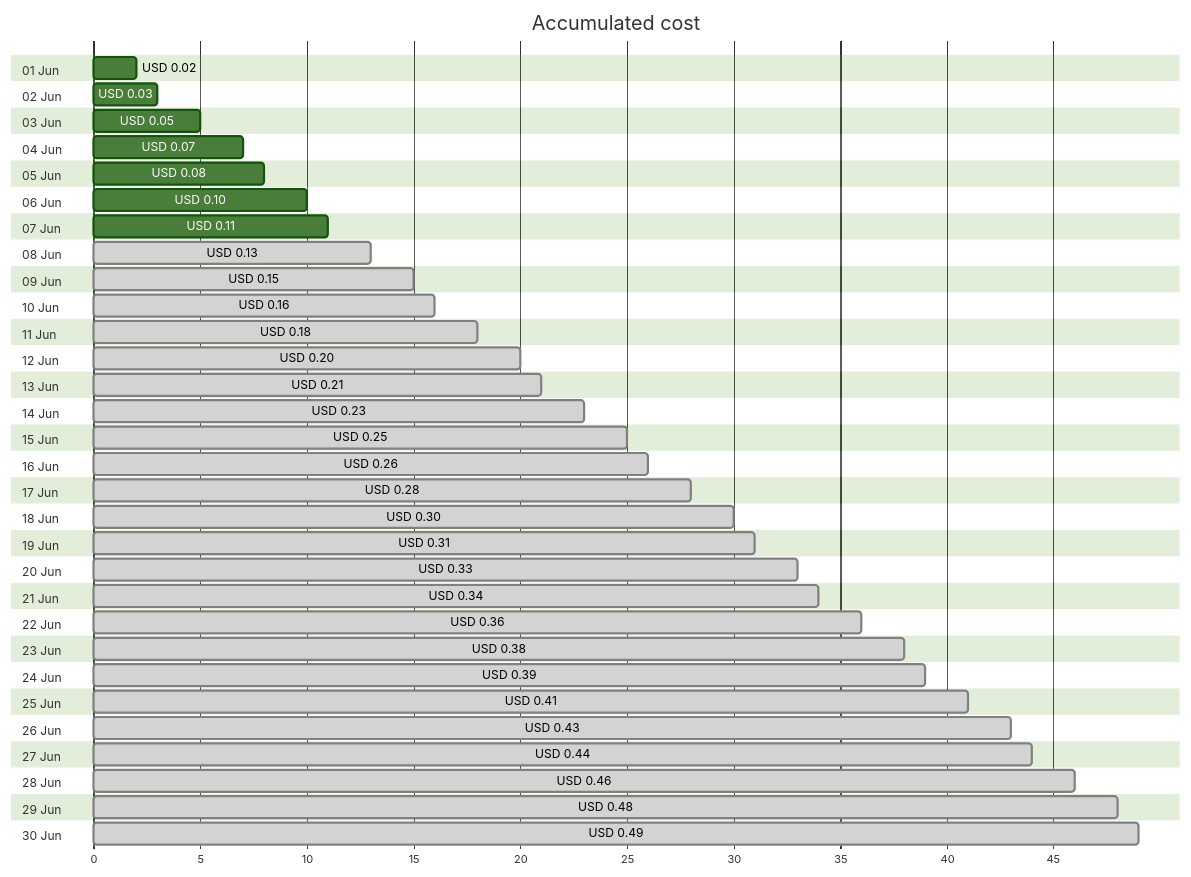
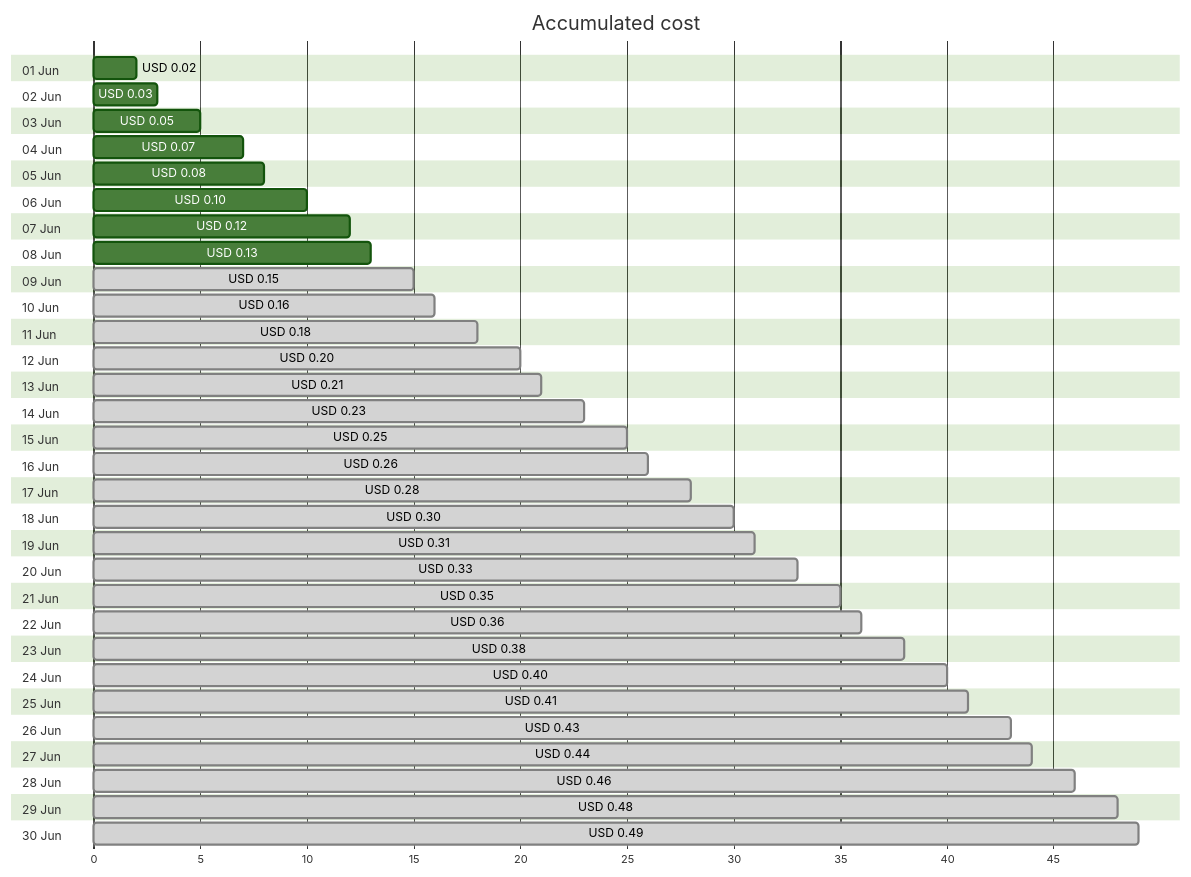
The first of 4 diagrams in cost-reports/personal-dns/jpatrickfulton.dev.md (jpfulton/azure-personal-reports), drawn with Mermaid (forest theme) before and after one commit. The commit also changed other lines of this file and 2 other files, not shown here.

````diff
--- a/cost-reports/personal-dns/jpatrickfulton.dev.md
+++ b/cost-reports/personal-dns/jpatrickfulton.dev.md
@@ -20,66 +20,66 @@
 ```mermaid
 gantt
    title Accumulated cost
    dateFormat  X
    axisFormat %s
    section 01 Jun
    USD 0.02 :0, 2
    section 02 Jun
    USD 0.03 :0, 3
    section 03 Jun
    USD 0.05 :0, 5
    section 04 Jun
    USD 0.07 :0, 7
    section 05 Jun
    USD 0.08 :0, 8
    section 06 Jun
    USD 0.10 :0, 10
    section 07 Jun
-   USD 0.11 :0, 11
+   USD 0.12 :0, 12
    section 08 Jun
-   USD 0.13 : done, 0, 13
+   USD 0.13 :0, 13
    section 09 Jun
    USD 0.15 : done, 0, 15
    section 10 Jun
    USD 0.16 : done, 0, 16
    section 11 Jun
    USD 0.18 : done, 0, 18
    section 12 Jun
    USD 0.20 : done, 0, 20
    section 13 Jun
    USD 0.21 : done, 0, 21
    section 14 Jun
    USD 0.23 : done, 0, 23
    section 15 Jun
    USD 0.25 : done, 0, 25
    section 16 Jun
    USD 0.26 : done, 0, 26
    section 17 Jun
    USD 0.28 : done, 0, 28
    section 18 Jun
    USD 0.30 : done, 0, 30
    section 19 Jun
    USD 0.31 : done, 0, 31
    section 20 Jun
    USD 0.33 : done, 0, 33
    section 21 Jun
-   USD 0.34 : done, 0, 34
+   USD 0.35 : done, 0, 35
    section 22 Jun
    USD 0.36 : done, 0, 36
    section 23 Jun
    USD 0.38 : done, 0, 38
    section 24 Jun
-   USD 0.39 : done, 0, 39
+   USD 0.40 : done, 0, 40
    section 25 Jun
    USD 0.41 : done, 0, 41
    section 26 Jun
    USD 0.43 : done, 0, 43
    section 27 Jun
    USD 0.44 : done, 0, 44
    section 28 Jun
    USD 0.46 : done, 0, 46
    section 29 Jun
    USD 0.48 : done, 0, 48
    section 30 Jun
    USD 0.49 : done, 0, 49
 ```
````
